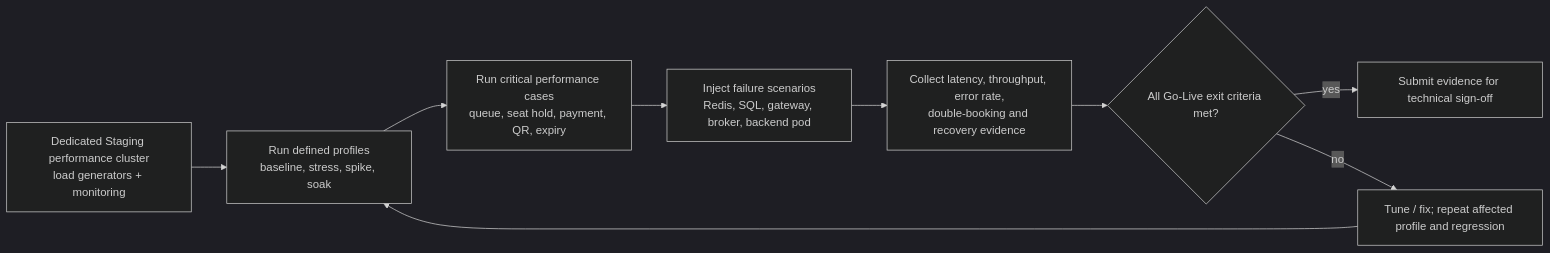
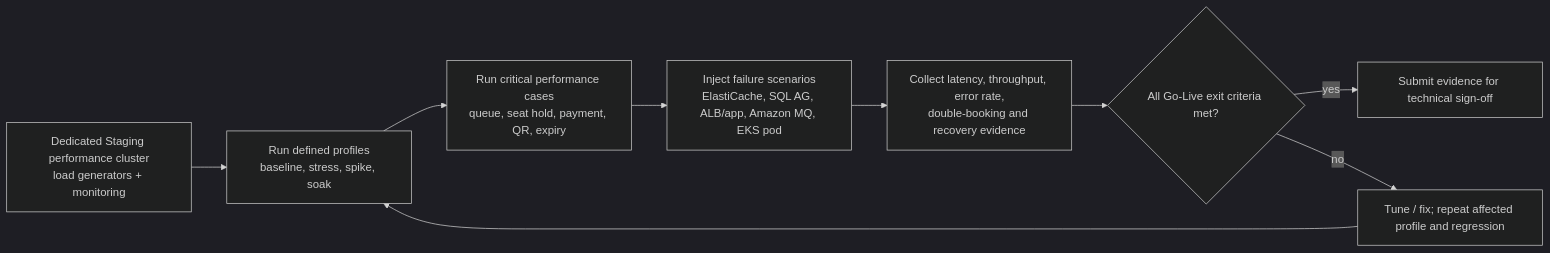
Before and after one commit to toanteng11/concert-ticketing-docs: the diagram in business-analysis/07_Validation_And_Testing/03_Performance_And_Resilience_Test_Plan.md, drawn with Mermaid (dark theme). The commit also changed other lines of this file and 43 other files, not shown here.

````diff
--- a/business-analysis/07_Validation_And_Testing/03_Performance_And_Resilience_Test_Plan.md
+++ b/business-analysis/07_Validation_And_Testing/03_Performance_And_Resilience_Test_Plan.md
@@ -67,14 +69,14 @@
 ```mermaid
 flowchart LR
   env["Dedicated Staging performance cluster<br/>load generators + monitoring"]
   profiles["Run defined profiles<br/>baseline, stress, spike, soak"]
   scenarios["Run critical performance cases<br/>queue, seat hold, payment, QR, expiry"]
-  chaos["Inject failure scenarios<br/>Redis, SQL, gateway, broker, backend pod"]
+  chaos["Inject failure scenarios<br/>ElastiCache, SQL AG, ALB/app, Amazon MQ, EKS pod"]
   measure["Collect latency, throughput, error rate,<br/>double-booking and recovery evidence"]
   gate{"All Go-Live exit criteria met?"}
   ready["Submit evidence for technical sign-off"]
   remediate["Tune / fix; repeat affected profile and regression"]
   env --> profiles --> scenarios --> chaos --> measure --> gate
   gate -->|yes| ready
   gate -->|no| remediate --> profiles
 ```
````
